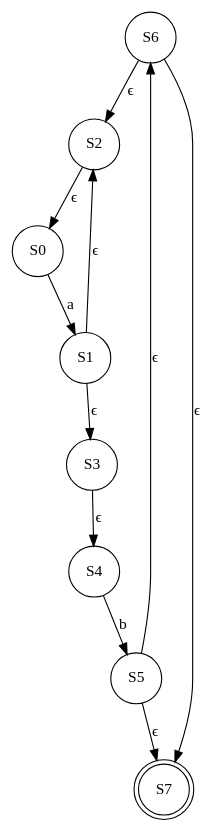
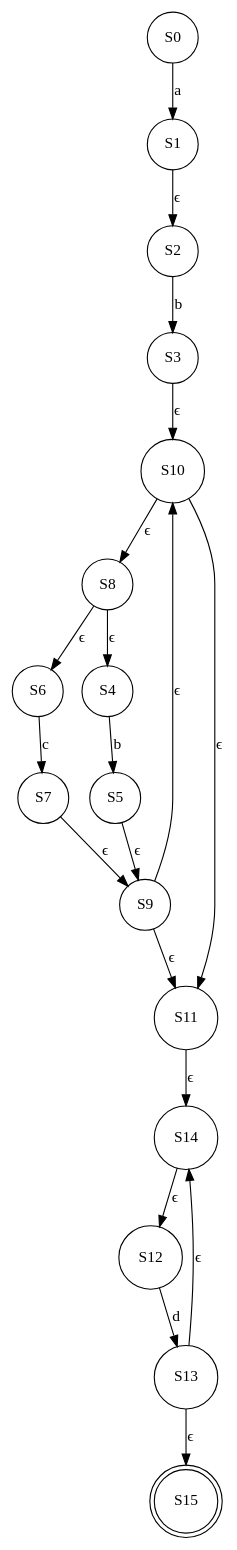
Before and after one commit to Mostafa-wael/RegEx-NFA-DFA-MinDFA-Converter: the diagram in output/nfa.gv, drawn with Graphviz. The commit also changed 7 other files, not shown here.

Commit message:
minimize dfa done without graph

```diff
--- a/output/nfa.gv
+++ b/output/nfa.gv
@@ -1,20 +1,37 @@
 digraph {
-	S6 [shape=circle]
-	S6 -> S2 [label="ϵ"]
-	S6 -> S7 [label="ϵ"]
-	S2 [shape=circle]
-	S2 -> S0 [label="ϵ"]
-	S7 [shape=doublecircle]
 	S0 [shape=circle]
 	S0 -> S1 [label=a]
 	S1 [shape=circle]
 	S1 -> S2 [label="ϵ"]
-	S1 -> S3 [label="ϵ"]
+	S2 [shape=circle]
+	S2 -> S3 [label=b]
 	S3 [shape=circle]
-	S3 -> S4 [label="ϵ"]
+	S3 -> S10 [label="ϵ"]
+	S10 [shape=circle]
+	S10 -> S8 [label="ϵ"]
+	S10 -> S11 [label="ϵ"]
+	S8 [shape=circle]
+	S8 -> S4 [label="ϵ"]
+	S8 -> S6 [label="ϵ"]
+	S11 [shape=circle]
+	S11 -> S14 [label="ϵ"]
 	S4 [shape=circle]
 	S4 -> S5 [label=b]
+	S6 [shape=circle]
+	S6 -> S7 [label=c]
+	S14 [shape=circle]
+	S14 -> S12 [label="ϵ"]
 	S5 [shape=circle]
-	S5 -> S6 [label="ϵ"]
-	S5 -> S7 [label="ϵ"]
+	S5 -> S9 [label="ϵ"]
+	S7 [shape=circle]
+	S7 -> S9 [label="ϵ"]
+	S12 [shape=circle]
+	S12 -> S13 [label=d]
+	S9 [shape=circle]
+	S9 -> S10 [label="ϵ"]
+	S9 -> S11 [label="ϵ"]
+	S13 [shape=circle]
+	S13 -> S14 [label="ϵ"]
+	S13 -> S15 [label="ϵ"]
+	S15 [shape=doublecircle]
 }
```
